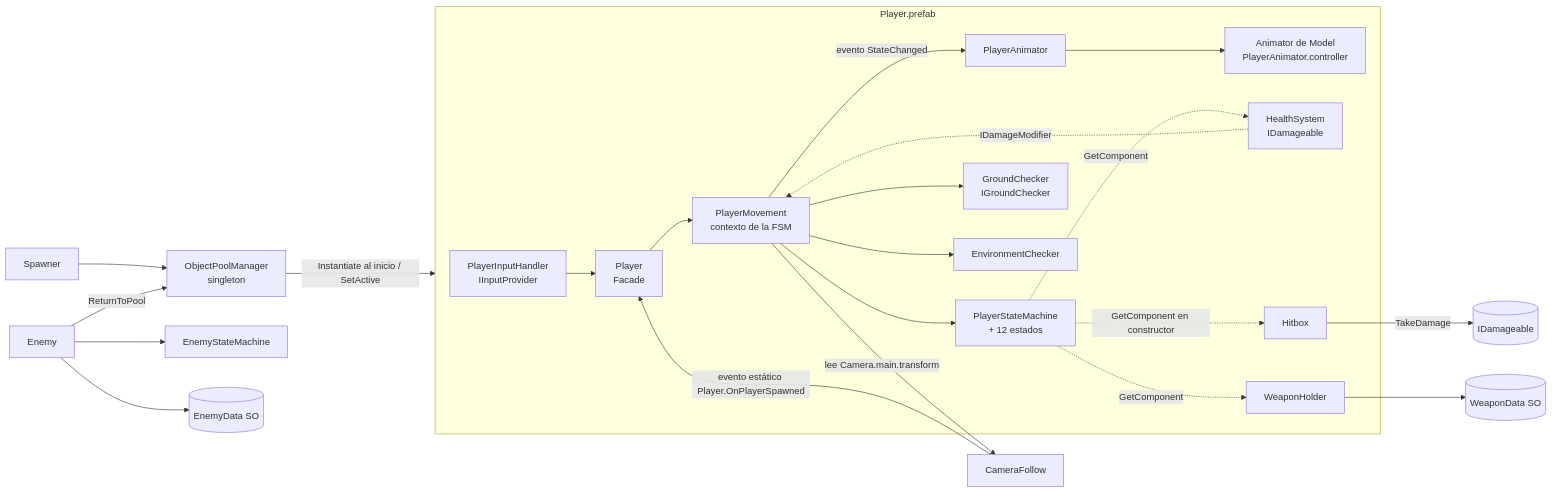
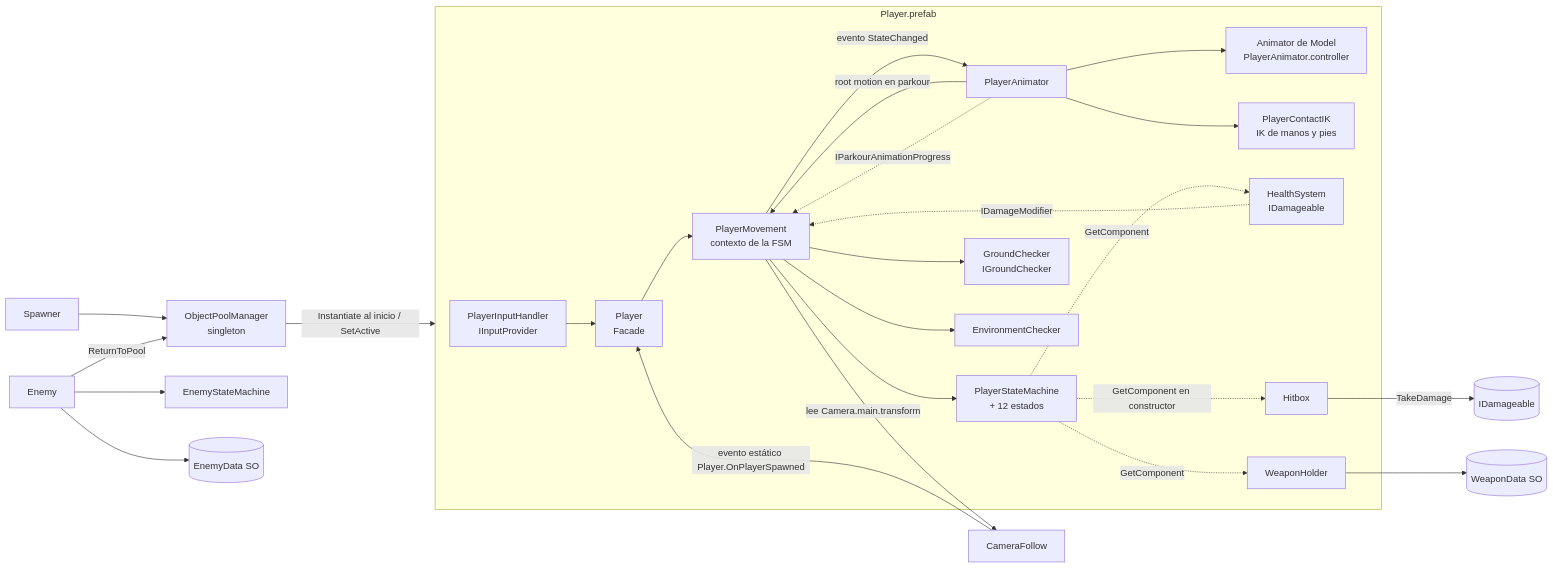
The first of 2 diagrams in docs/arquitectura.md (AlanYahirAguilar/warrior-woke), drawn with Mermaid before and after one commit. The commit also changed other lines of this file and 3 other files, not shown here.

Commit message:
docs: document parkour physical contact, human-scale movement and test area

````diff
--- a/docs/arquitectura.md
+++ b/docs/arquitectura.md
@@ -134,25 +140,28 @@
 ```mermaid
 flowchart LR
     subgraph Player.prefab
       PIH[PlayerInputHandler<br/>IInputProvider] --> P[Player<br/>Facade]
       P --> PM[PlayerMovement<br/>contexto de la FSM]
       PM --> FSM[PlayerStateMachine<br/>+ 12 estados]
       PM -- evento StateChanged --> PA[PlayerAnimator]
       PA --> AN[Animator de Model<br/>PlayerAnimator.controller]
+      PA -- root motion en parkour --> PM
+      PA --> CIK[PlayerContactIK<br/>IK de manos y pies]
+      PA -. IParkourAnimationProgress .-> PM
       HS -. IDamageModifier .-> PM
       PM --> GC[GroundChecker<br/>IGroundChecker]
       PM --> EC[EnvironmentChecker]
       FSM -. GetComponent en constructor .-> HB[Hitbox]
       FSM -. GetComponent .-> HS[HealthSystem<br/>IDamageable]
       FSM -. GetComponent .-> WH[WeaponHolder]
     end
     PM -- lee Camera.main.transform --> CAM[CameraFollow]
     CAM -- evento estático Player.OnPlayerSpawned --> P
     SP[Spawner] --> OPM[ObjectPoolManager<br/>singleton]
     OPM -- Instantiate al inicio / SetActive --> Player.prefab
     HB -- TakeDamage --> IDam[(IDamageable)]
     WH --> WD[(WeaponData SO)]
     E[Enemy] --> EFSM[EnemyStateMachine]
     E --> ED[(EnemyData SO)]
     E -- ReturnToPool --> OPM
 ```
````
